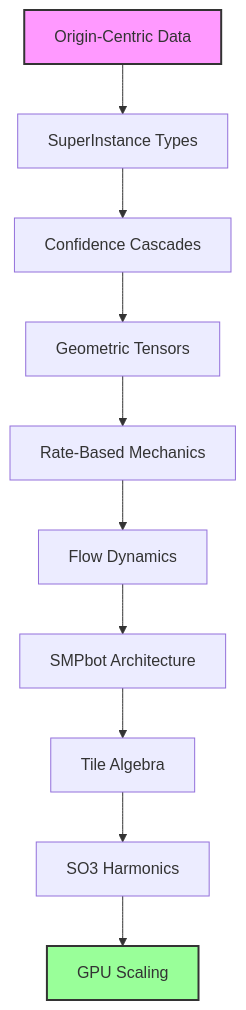
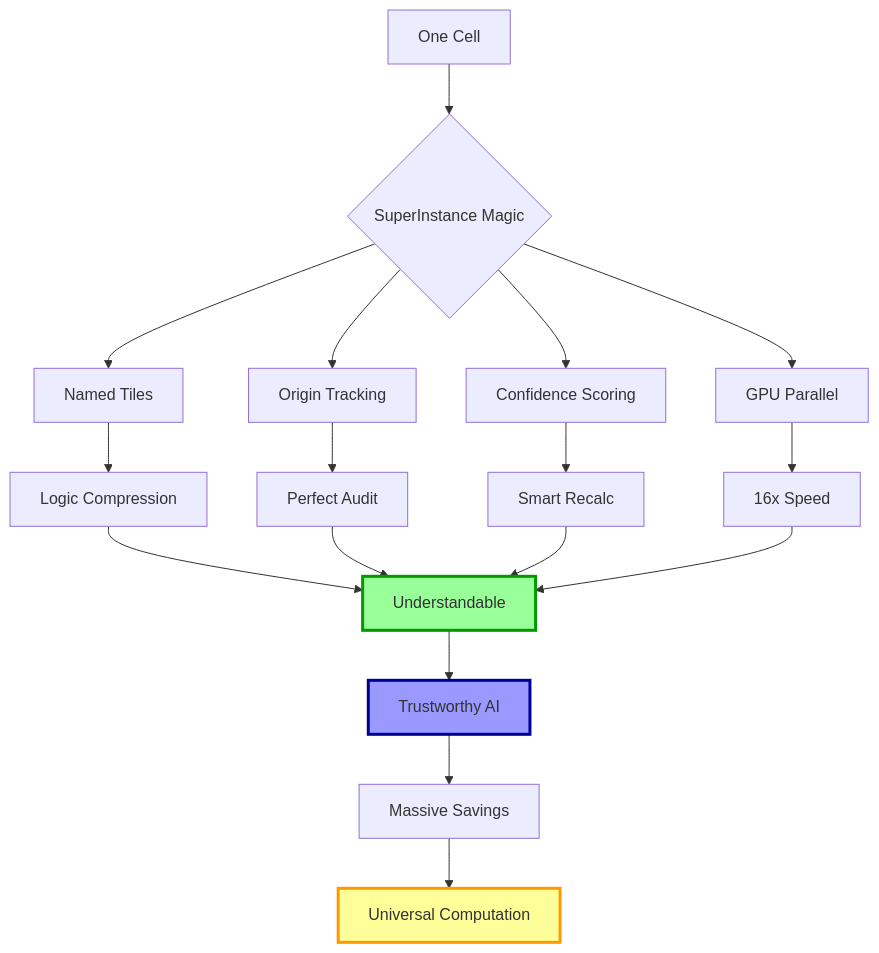
Before and after one commit to SuperInstance/polln: the eighth of 11 diagrams in README.md, drawn with Mermaid. The commit also changed other lines of this file, not shown here.

Commit message:
docs: Add comprehensive visual mermaid diagrams showing SuperInstance vs traditional AI systems

````diff
--- a/README.md
+++ b/README.md
@@ -16,15 +195,26 @@
 ```mermaid
 graph TD
-    A[Origin-Centric Data] --> B[SuperInstance Types]
-    B --> C[Confidence Cascades]
-    C --> D[Geometric Tensors]
-    D --> E[Rate-Based Mechanics]
-    E --> F[Flow Dynamics]
-    F --> G[SMPbot Architecture]
-    G --> H[Tile Algebra]
-    H --> I[SO3 Harmonics]
-    I --> J[GPU Scaling]
+    A[One Cell] --> B{SuperInstance Magic}
+    B --> C[Named Tiles]
+    B --> D[Origin Tracking]
+    B --> E[Confidence Scoring]
+    B --> F[GPU Parallel]
 
-    style A fill:#f9f,stroke:#333,stroke-width:2px
-    style J fill:#9f9,stroke:#333,stroke-width:2px
+    C --> G[Logic Compression]
+    D --> H[Perfect Audit]
+    E --> I[Smart Recalc]
+    F --> J[16x Speed]
+
+    G --> K[Understandable]
+    H --> K
+    I --> K
+    J --> K
+
+    K --> L[Trustworthy AI]
+    L --> M[Massive Savings]
+    M --> N[Universal Computation]
+
+    style K fill:#9f9,stroke:#090,stroke-width:3px
+    style L fill:#99f,stroke:#009,stroke-width:3px
+    style N fill:#ff9,stroke:#f90,stroke-width:3px
 ```
````
